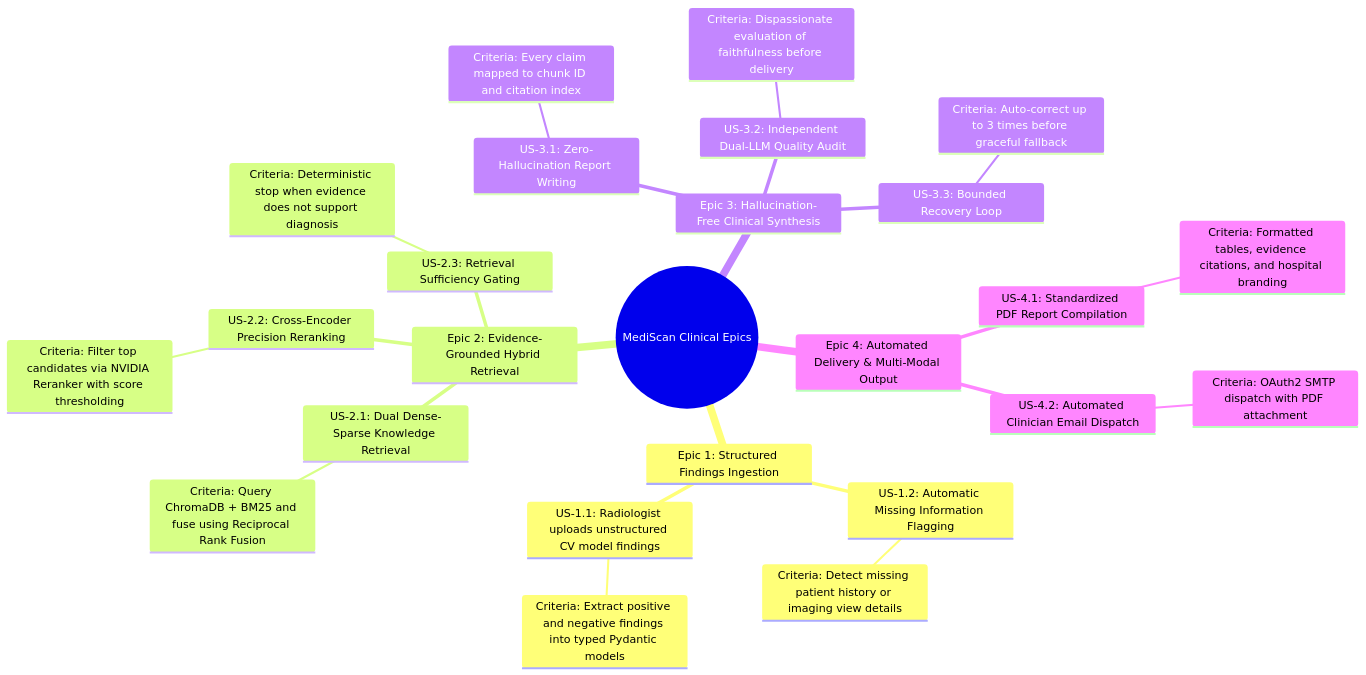
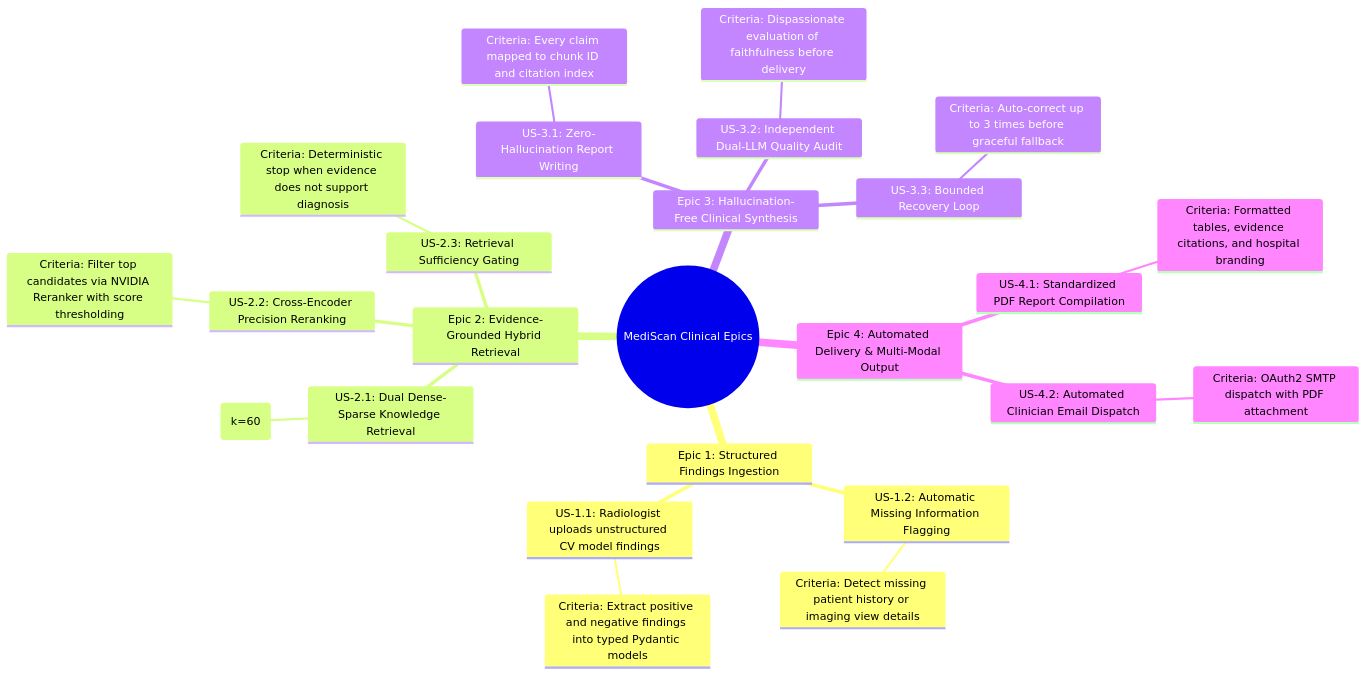
One commit to Minamagdy272/MediScan changed the eighth of 11 diagrams in README.md. Above: the diagram before and after it, drawn with Mermaid. The commit also changed other lines of this file, not shown here.

Commit message:
docs: enrich README with complete technical documentation, data models, math formulas, and architecture diagrams

````diff
--- a/README.md
+++ b/README.md
@@ -310,28 +453,28 @@
 ```mermaid
 mindmap
   root((MediScan Clinical Epics))
     Epic 1: Structured Findings Ingestion
       US-1.1: Radiologist uploads unstructured CV model findings
         Criteria: Extract positive and negative findings into typed Pydantic models
       US-1.2: Automatic Missing Information Flagging
         Criteria: Detect missing patient history or imaging view details
     Epic 2: Evidence-Grounded Hybrid Retrieval
       US-2.1: Dual Dense-Sparse Knowledge Retrieval
-        Criteria: Query ChromaDB + BM25 and fuse using Reciprocal Rank Fusion
+        Criteria: Query ChromaDB + BM25 and fuse using Reciprocal Rank Fusion (k=60)
       US-2.2: Cross-Encoder Precision Reranking
         Criteria: Filter top candidates via NVIDIA Reranker with score thresholding
       US-2.3: Retrieval Sufficiency Gating
         Criteria: Deterministic stop when evidence does not support diagnosis
     Epic 3: Hallucination-Free Clinical Synthesis
       US-3.1: Zero-Hallucination Report Writing
         Criteria: Every claim mapped to chunk ID and citation index
       US-3.2: Independent Dual-LLM Quality Audit
         Criteria: Dispassionate evaluation of faithfulness before delivery
       US-3.3: Bounded Recovery Loop
         Criteria: Auto-correct up to 3 times before graceful fallback
     Epic 4: Automated Delivery & Multi-Modal Output
       US-4.1: Standardized PDF Report Compilation
         Criteria: Formatted tables, evidence citations, and hospital branding
       US-4.2: Automated Clinician Email Dispatch
         Criteria: OAuth2 SMTP dispatch with PDF attachment
 ```
````
